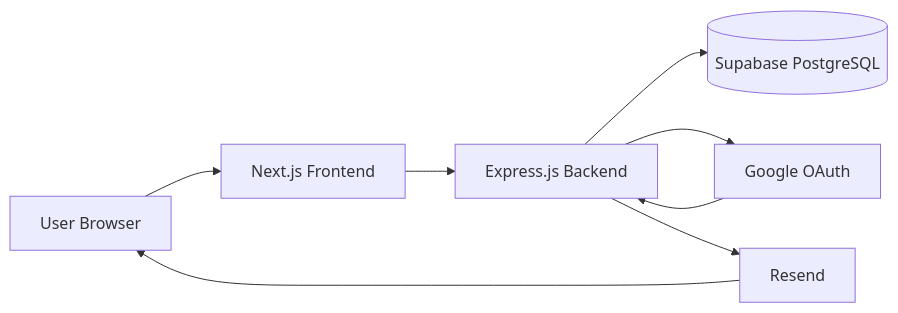
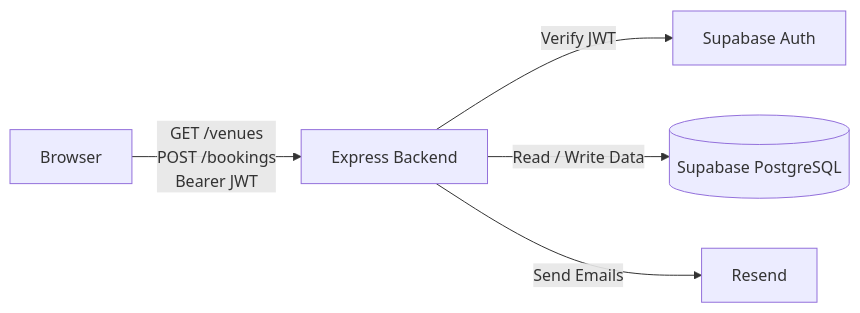
One commit to RithikBruh/Campus-Room-Booking changed the diagram in README.md. Above: the diagram before and after it, drawn with Mermaid. The commit also changed other lines of this file, not shown here.

Commit message:
readme update

````diff
--- a/README.md
+++ b/README.md
@@ -75,14 +86,12 @@
 ```mermaid
 flowchart LR
-    User[User Browser]
+    B[Browser]
 
-    User --> FE[Next.js Frontend]
-    FE --> BE[Express.js Backend]
+    B -->|GET /venues<br/>POST /bookings<br/>Bearer JWT| API[Express Backend]
 
-    BE --> DB[(Supabase PostgreSQL)]
-    BE --> AUTH[Google OAuth]
-    BE --> EMAIL[Resend]
+    API -->|Verify JWT| SA[Supabase Auth]
 
-    AUTH --> BE
-    EMAIL --> User
+    API -->|Read / Write Data| DB[(Supabase PostgreSQL)]
+
+    API -->|Send Emails| R[Resend]
 ```
````
